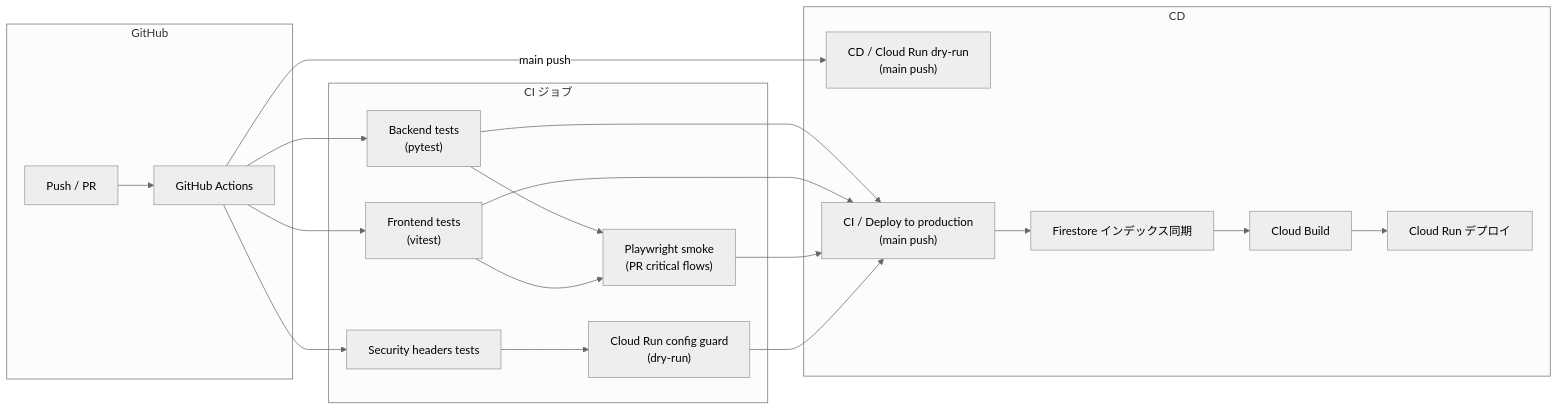
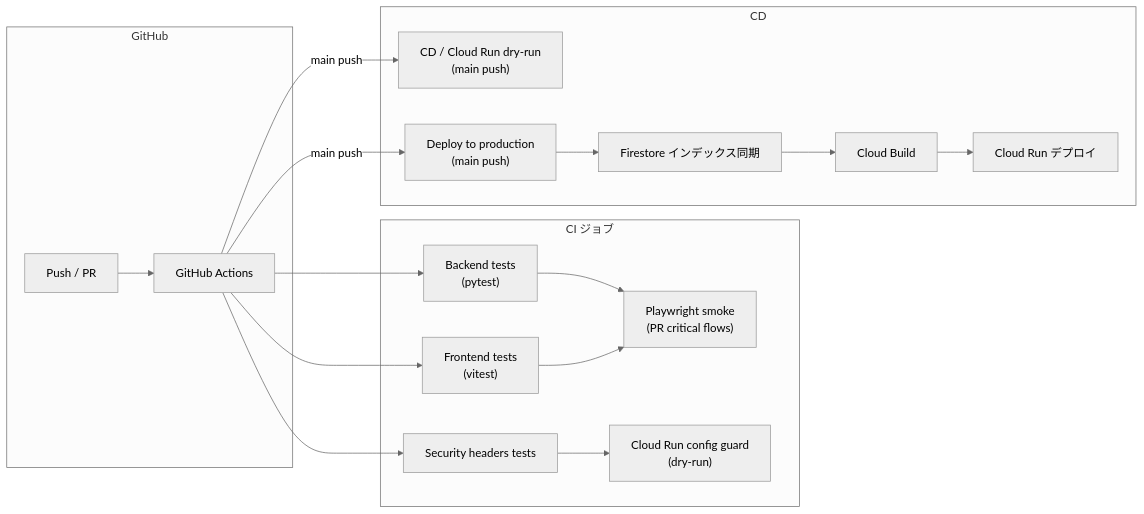
One commit to RiSEblackbird/wordpack-for-english changed the third of 6 diagrams in docs/infrastructure.md. Above: the diagram before and after it, drawn with Mermaid (neutral theme). The commit also changed other lines of this file and 3 other files, not shown here.

````diff
--- a/docs/infrastructure.md
+++ b/docs/infrastructure.md
@@ -118,39 +118,36 @@
 ```mermaid
 flowchart LR
     subgraph GitHub["GitHub"]
         Push["Push / PR"]
         Actions["GitHub Actions"]
     end
 
     subgraph CI["CI ジョブ"]
         BackendTest["Backend tests<br/>(pytest)"]
         SecurityTest["Security headers tests"]
         FrontendTest["Frontend tests<br/>(vitest)"]
         PlaywrightSmoke["Playwright smoke<br/>(PR critical flows)"]
         CloudRunGuard["Cloud Run config guard<br/>(dry-run)"]
     end
 
     subgraph CD["CD"]
         DryRun["CD / Cloud Run dry-run<br/>(main push)"]
-        ProductionDeploy["CI / Deploy to production<br/>(main push)"]
+        ProductionDeploy["Deploy to production<br/>(main push)"]
         FirestoreIndex["Firestore インデックス同期"]
         CloudBuild["Cloud Build"]
         CloudRun["Cloud Run デプロイ"]
     end
 
     Push --> Actions
     Actions --> BackendTest
     Actions --> SecurityTest
     Actions --> FrontendTest
     BackendTest --> PlaywrightSmoke
     FrontendTest --> PlaywrightSmoke
     SecurityTest --> CloudRunGuard
     Actions -->|main push| DryRun
-    BackendTest --> ProductionDeploy
-    FrontendTest --> ProductionDeploy
-    PlaywrightSmoke --> ProductionDeploy
-    CloudRunGuard --> ProductionDeploy
+    Actions -->|main push| ProductionDeploy
     ProductionDeploy --> FirestoreIndex
     FirestoreIndex --> CloudBuild
     CloudBuild --> CloudRun
 ```
````
